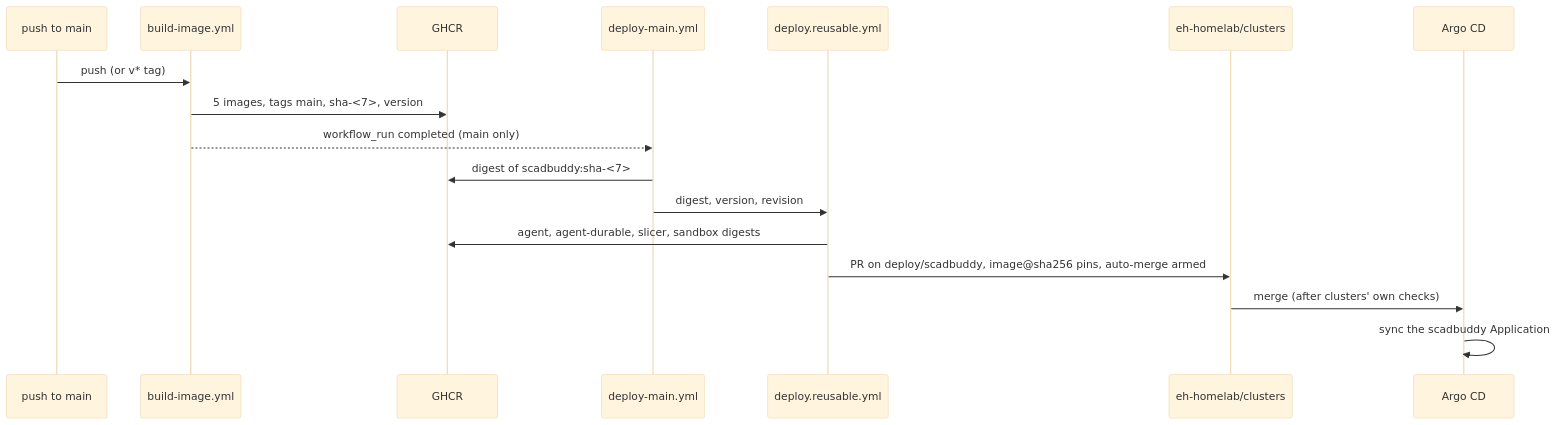
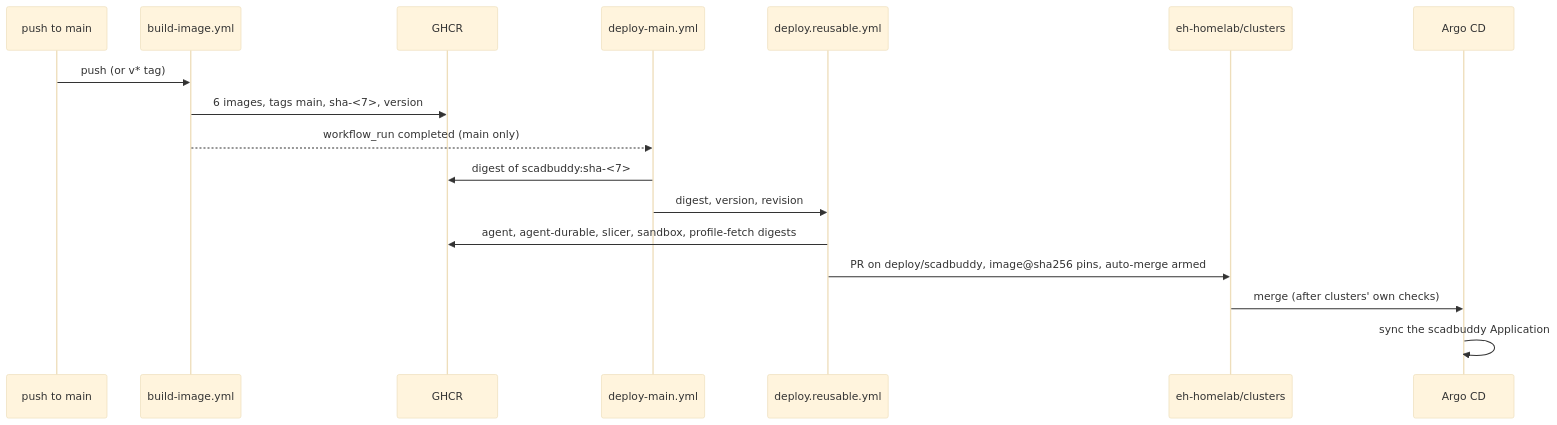
The diagram in docs/architecture/ci-and-deploy.md (eh-homelab/ScadBuddy), drawn with Mermaid (base theme) before and after one commit. The commit also changed other lines of this file and 24 other files, not shown here.

First line of the commit message:
docs: the agent's data through CRUD, the profile-fetch worker, and citations on today's main

````diff
--- a/docs/architecture/ci-and-deploy.md
+++ b/docs/architecture/ci-and-deploy.md
@@ -34,19 +35,19 @@
 ```mermaid
 sequenceDiagram
     participant Main as push to main
     participant BI as build-image.yml
     participant GHCR
     participant DM as deploy-main.yml
     participant DR as deploy.reusable.yml
     participant CL as eh-homelab/clusters
     participant Argo as Argo CD
     Main->>BI: push (or v* tag)
-    BI->>GHCR: 5 images, tags main, sha-<7>, version
+    BI->>GHCR: 6 images, tags main, sha-<7>, version
     BI-->>DM: workflow_run completed (main only)
     DM->>GHCR: digest of scadbuddy:sha-<7>
     DM->>DR: digest, version, revision
-    DR->>GHCR: agent, agent-durable, slicer, sandbox digests
+    DR->>GHCR: agent, agent-durable, slicer, sandbox, profile-fetch digests
     DR->>CL: PR on deploy/scadbuddy, image@sha256 pins, auto-merge armed
     CL->>Argo: merge (after clusters' own checks)
     Argo->>Argo: sync the scadbuddy Application
 ```
````
